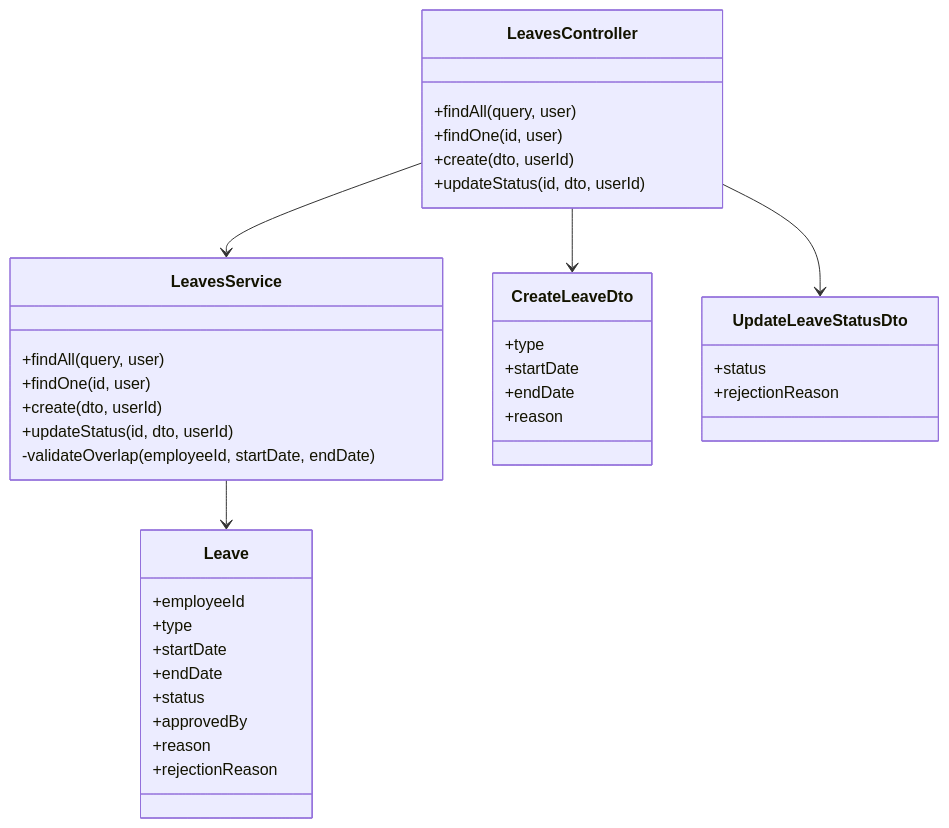
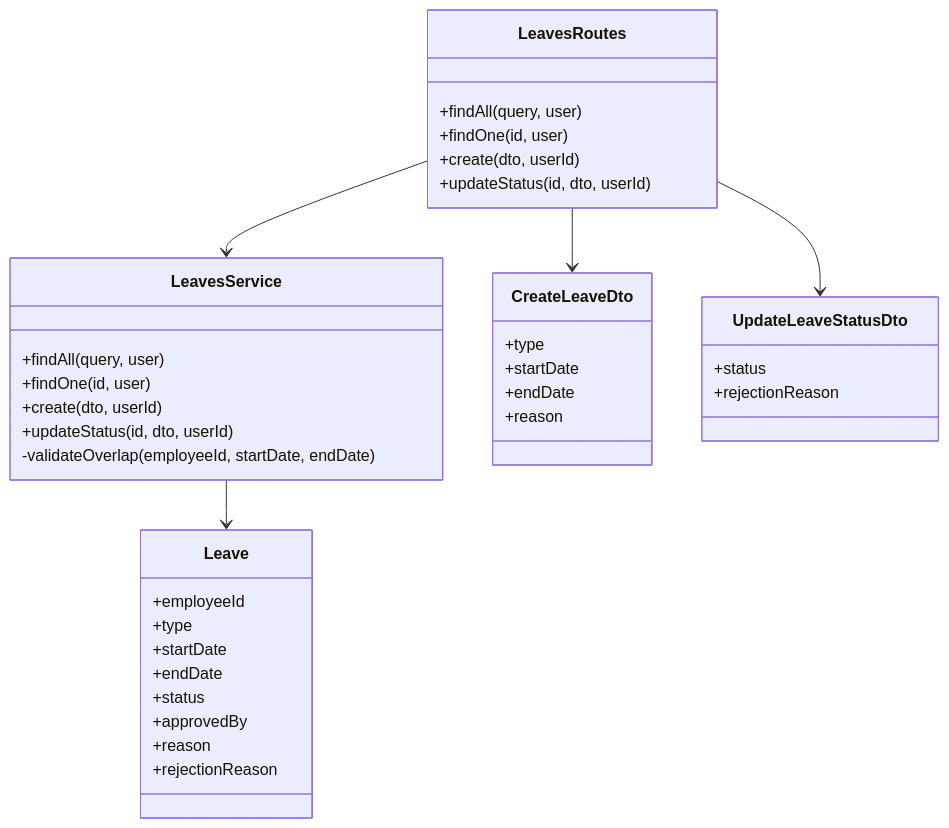
Before and after one commit to nghiaxh/hr-management: the tenth of 30 diagrams in docs/SDD.md, drawn with Mermaid. The commit also changed other lines of this file and 4 other files, not shown here.

````diff
--- a/docs/SDD.md
+++ b/docs/SDD.md
@@ -644,45 +623,45 @@
 ```mermaid
 classDiagram
-    class LeavesController {
+    class LeavesRoutes {
         +findAll(query, user)
         +findOne(id, user)
         +create(dto, userId)
         +updateStatus(id, dto, userId)
     }
 
     class LeavesService {
         +findAll(query, user)
         +findOne(id, user)
         +create(dto, userId)
         +updateStatus(id, dto, userId)
         -validateOverlap(employeeId, startDate, endDate)
     }
 
     class Leave {
         +employeeId
         +type
         +startDate
         +endDate
         +status
         +approvedBy
         +reason
         +rejectionReason
     }
 
     class CreateLeaveDto {
         +type
         +startDate
         +endDate
         +reason
     }
 
     class UpdateLeaveStatusDto {
         +status
         +rejectionReason
     }
 
-    LeavesController --> LeavesService
+    LeavesRoutes --> LeavesService
     LeavesService --> Leave
-    LeavesController --> CreateLeaveDto
-    LeavesController --> UpdateLeaveStatusDto
+    LeavesRoutes --> CreateLeaveDto
+    LeavesRoutes --> UpdateLeaveStatusDto
 ```
````
